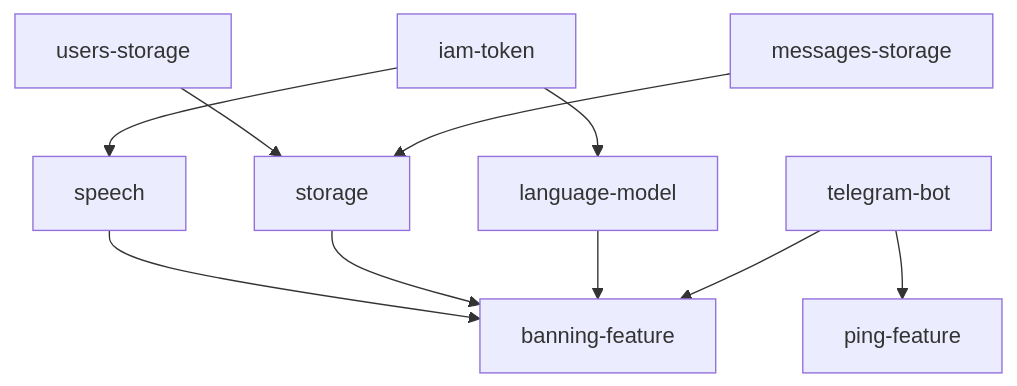
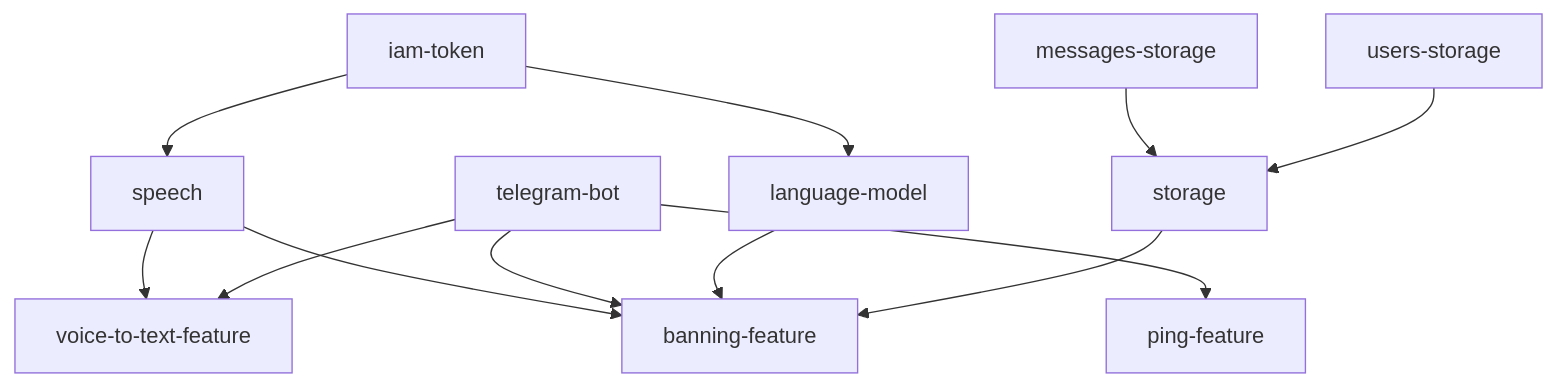
The diagram in README.md (ThingsInLoop/vitalik-lamar), drawn with Mermaid before and after one commit. The commit also changed other lines of this file, not shown here.

Commit message:
fix components flowchart

````diff
--- a/README.md
+++ b/README.md
@@ -14,21 +14,24 @@
  ```mermaid
 flowchart TD
+    voice-to-text-feature;
     speech;
     ping-feature;
     banning-feature;
     storage;
     language-model;
     telegram-bot;
     iam-token;
     messages-storage;
     users-storage;
+    telegram-bot --> voice-to-text-feature;
+    speech --> voice-to-text-feature;
     iam-token --> speech;
     telegram-bot --> ping-feature;
+    storage --> banning-feature;
+    language-model --> banning-feature;
     telegram-bot --> banning-feature;
-    language-model --> banning-feature;
-    storage --> banning-feature;
     speech --> banning-feature;
+    users-storage --> storage;
     messages-storage --> storage;
-    users-storage --> storage;
     iam-token --> language-model;
 ```
````
